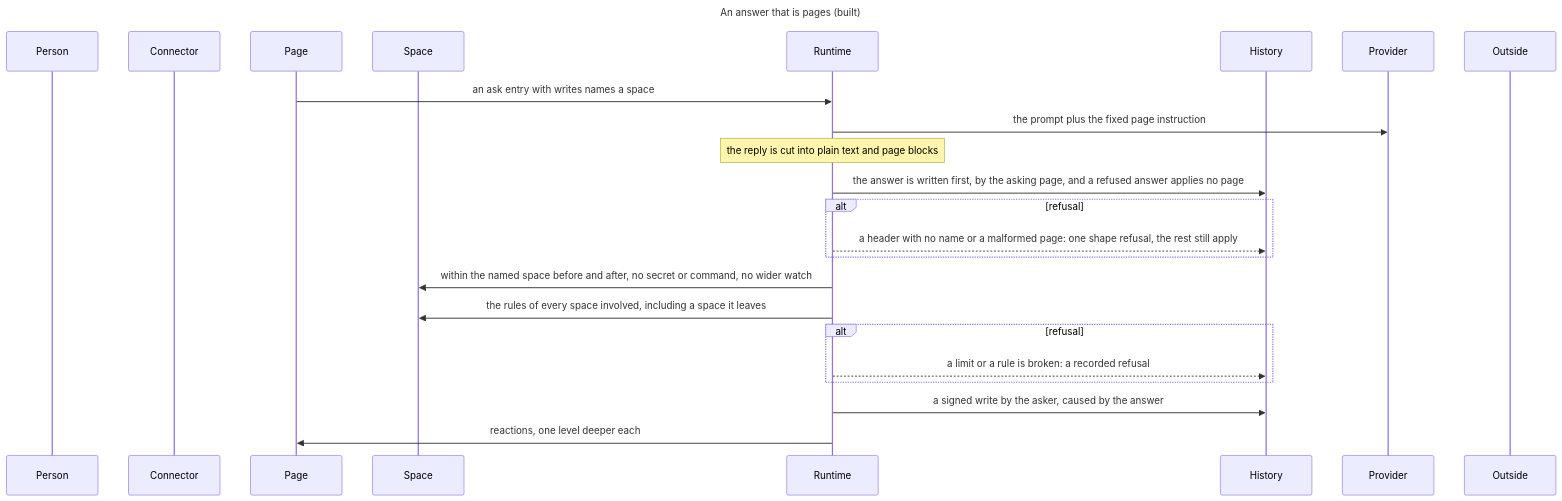
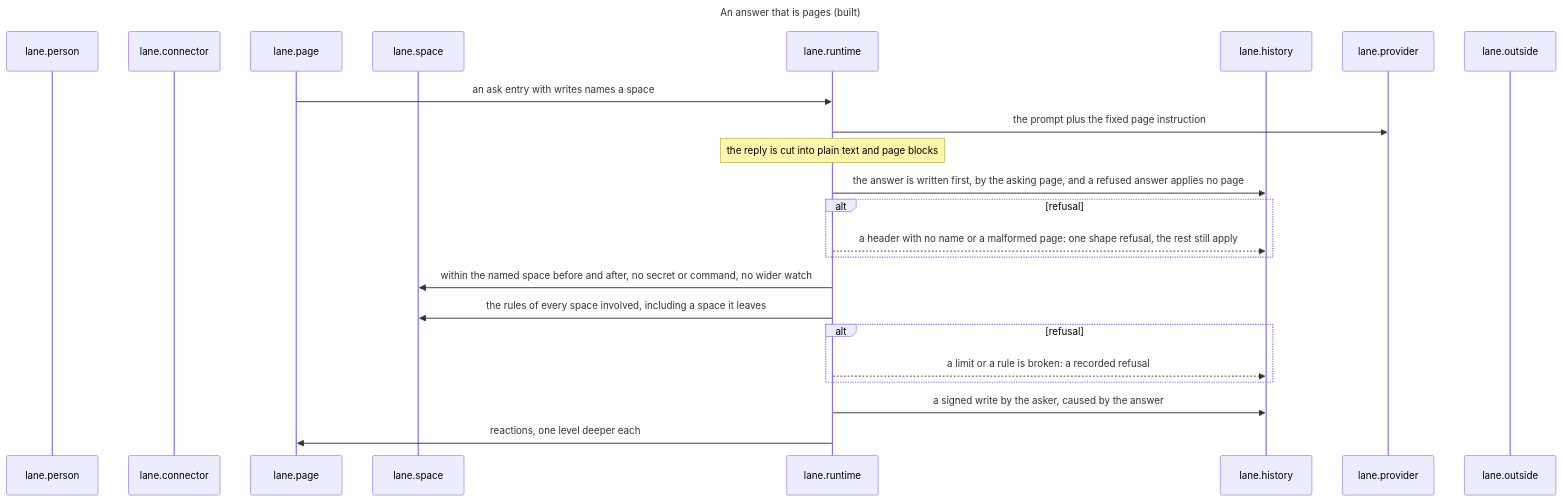
One commit to drksci/conky changed the seventh of 29 diagrams in docs/reference/architecture.md. Above: the diagram before and after it, drawn with Mermaid. The commit also changed other lines of this file and 84 other files, not shown here.

First line of the commit message:
refactor: give every part of the architecture a dotted name

````diff
--- a/docs/reference/architecture.md
+++ b/docs/reference/architecture.md
@@ -434,28 +448,28 @@
 ```mermaid
 ---
 title: An answer that is pages (built)
 ---
 sequenceDiagram
-    participant Person
-    participant Connector
-    participant Page
-    participant Space
-    participant Runtime
-    participant History
-    participant Provider
-    participant Outside
-    Page->>Runtime: an ask entry with writes names a space
-    Runtime->>Provider: the prompt plus the fixed page instruction
-    Note over Runtime: the reply is cut into plain text and page blocks
-    Runtime->>History: the answer is written first, by the asking page, and a refused answer applies no page
+    participant lane.person
+    participant lane.connector
+    participant lane.page
+    participant lane.space
+    participant lane.runtime
+    participant lane.history
+    participant lane.provider
+    participant lane.outside
+    lane.page->>lane.runtime: an ask entry with writes names a space
+    lane.runtime->>lane.provider: the prompt plus the fixed page instruction
+    Note over lane.runtime: the reply is cut into plain text and page blocks
+    lane.runtime->>lane.history: the answer is written first, by the asking page, and a refused answer applies no page
     alt refusal
-        Runtime-->>History: a header with no name or a malformed page: one shape refusal, the rest still apply
+        lane.runtime-->>lane.history: a header with no name or a malformed page: one shape refusal, the rest still apply
     end
-    Runtime->>Space: within the named space before and after, no secret or command, no wider watch
-    Runtime->>Space: the rules of every space involved, including a space it leaves
+    lane.runtime->>lane.space: within the named space before and after, no secret or command, no wider watch
+    lane.runtime->>lane.space: the rules of every space involved, including a space it leaves
     alt refusal
-        Runtime-->>History: a limit or a rule is broken: a recorded refusal
+        lane.runtime-->>lane.history: a limit or a rule is broken: a recorded refusal
     end
-    Runtime->>History: a signed write by the asker, caused by the answer
-    Runtime->>Page: reactions, one level deeper each
+    lane.runtime->>lane.history: a signed write by the asker, caused by the answer
+    lane.runtime->>lane.page: reactions, one level deeper each
 ```
````
